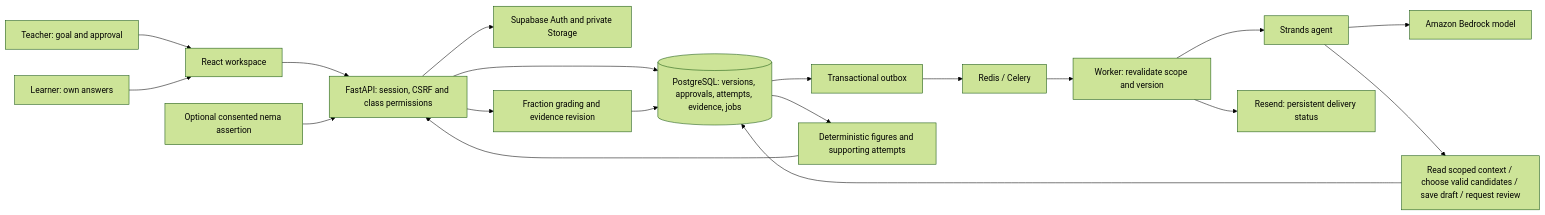
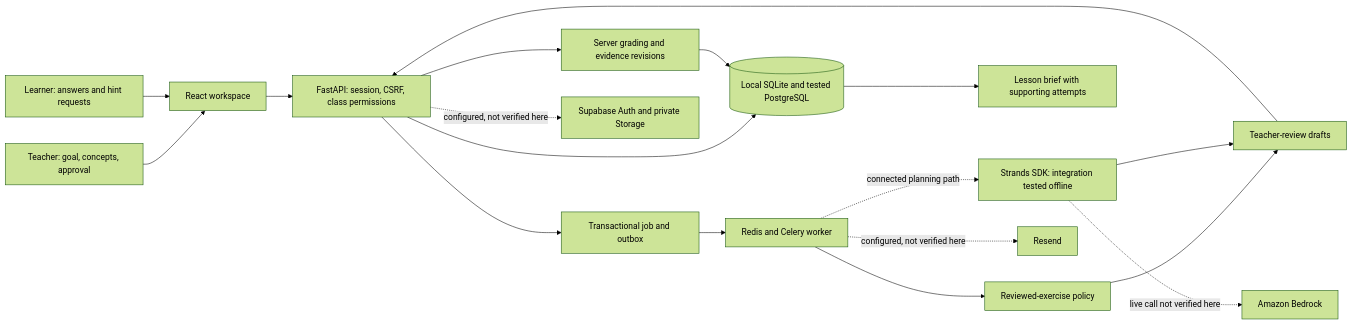
Before and after one commit to migarci2/tiza: the diagram in docs/hackathon/architecture.md, drawn with Mermaid (forest theme). The commit also changed other lines of this file and 163 other files, not shown here.

````diff
--- a/docs/hackathon/architecture.md
+++ b/docs/hackathon/architecture.md
@@ -3,21 +3,21 @@
 ```mermaid
 flowchart LR
-  T[Teacher: goal and approval] --> W[React workspace]
-  L[Learner: own answers] --> W
-  W --> API[FastAPI: session, CSRF and class permissions]
-  API --> DB[(PostgreSQL: versions, approvals, attempts, evidence, jobs)]
-  API --> S[Supabase Auth and private Storage]
-  DB --> O[Transactional outbox]
-  O --> R[Redis / Celery]
-  R --> WK[Worker: revalidate scope and version]
-  WK --> A[Strands agent]
-  A --> B[Amazon Bedrock model]
-  A --> TOOLS[Read scoped context / choose valid candidates / save draft / request review]
-  TOOLS --> DB
-  WK --> MAIL[Resend: persistent delivery status]
-  API --> G[Fraction grading and evidence revision]
+  T[Teacher: goal, concepts, approval] --> W[React workspace]
+  L[Learner: answers and hint requests] --> W
+  W --> API[FastAPI: session, CSRF, class permissions]
+  API --> DB[(Local SQLite and tested PostgreSQL)]
+  API --> J[Transactional job and outbox]
+  J --> Q[Redis and Celery worker]
+  Q --> P[Reviewed-exercise policy]
+  P --> D[Teacher-review drafts]
+  D --> API
+  API --> G[Server grading and evidence revisions]
   G --> DB
-  DB --> BRIEF[Deterministic figures and supporting attempts]
-  BRIEF --> API
-  N[Optional consented nema assertion] --> API
+  DB --> B[Lesson brief with supporting attempts]
+
+  Q -. connected planning path .-> A[Strands SDK: integration tested offline]
+  A --> D
+  A -. live call not verified here .-> M[Amazon Bedrock]
+  API -. configured, not verified here .-> S[Supabase Auth and private Storage]
+  Q -. configured, not verified here .-> E[Resend]
 ```
````
